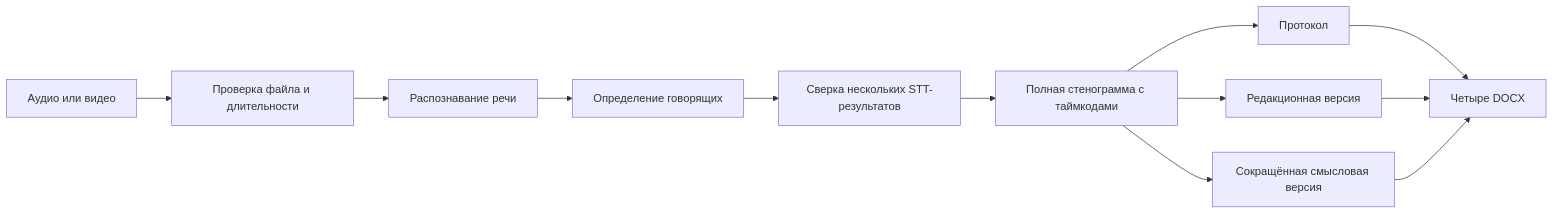
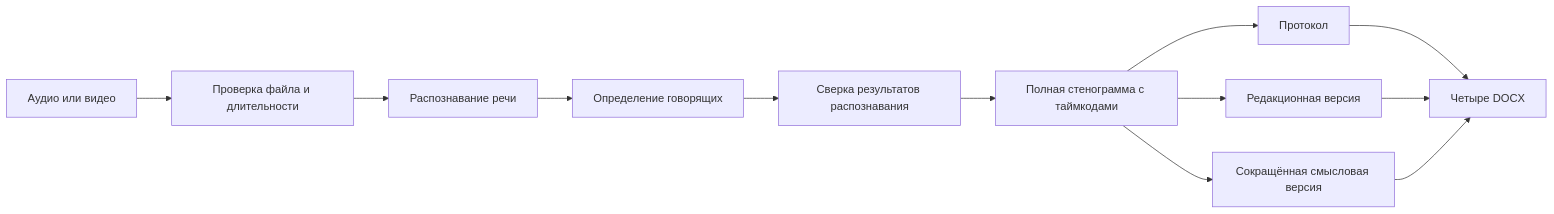
Before and after one commit to test1card/meeting-transcriber: the diagram in docs/АРХИТЕКТУРА.md, drawn with Mermaid. The commit also changed other lines of this file and 29 other files, not shown here.

````diff
--- a/docs/АРХИТЕКТУРА.md
+++ b/docs/АРХИТЕКТУРА.md
@@ -7,14 +7,14 @@
 ```mermaid
 flowchart LR
     A[Аудио или видео] --> B[Проверка файла и длительности]
     B --> C[Распознавание речи]
     C --> D[Определение говорящих]
-    D --> E[Сверка нескольких STT-результатов]
+    D --> E[Сверка результатов распознавания]
     E --> F[Полная стенограмма с таймкодами]
     F --> G[Протокол]
     F --> H[Редакционная версия]
     F --> I[Сокращённая смысловая версия]
     G --> J[Четыре DOCX]
     H --> J
     I --> J
 ```
````
